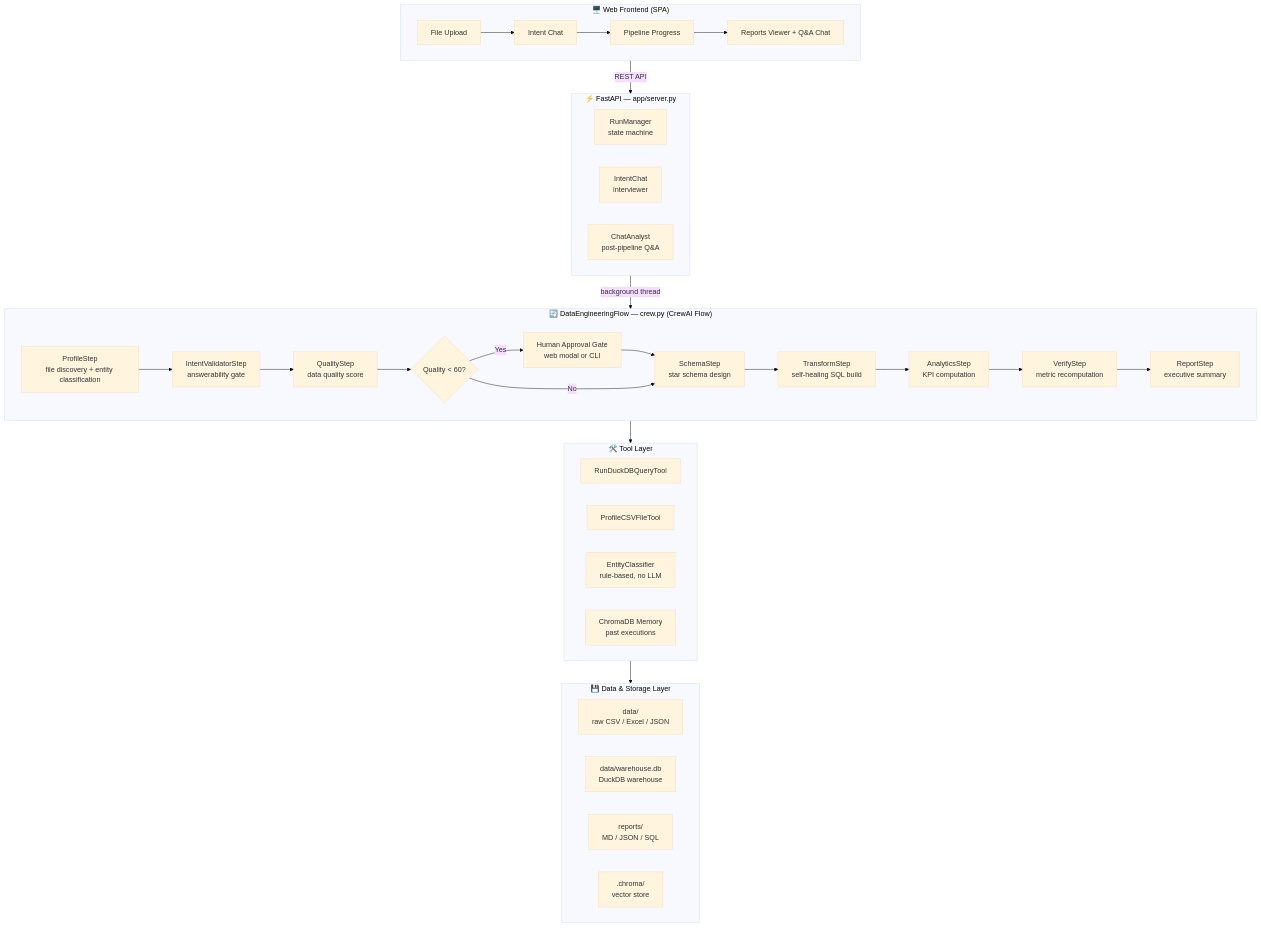
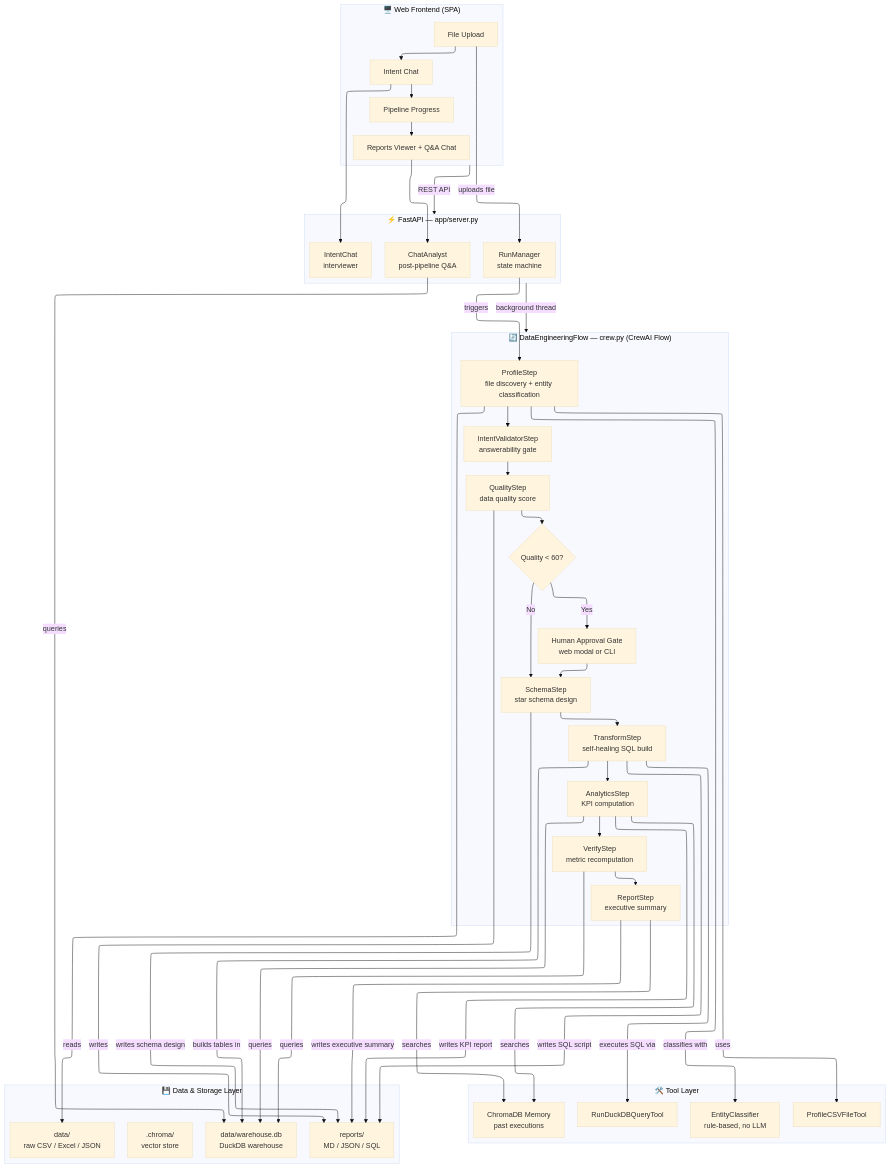
The first of 2 diagrams in docs/PROJECT_DOCUMENTATION.md (nvsingh2001/Autonomous_Data_Engineering_Platform), drawn with Mermaid (base theme) before and after one commit.

Commit message:
docs: fix architecture diagram — correct init placement, node M label, and wrong data-flow edges

````diff
--- a/docs/PROJECT_DOCUMENTATION.md
+++ b/docs/PROJECT_DOCUMENTATION.md
@@ -85,46 +85,79 @@
 ```mermaid
+%%{init: {"layout": "elk"}}%%
 flowchart TD
     subgraph Frontend["🖥️ Web Frontend (SPA)"]
         A[File Upload] --> B[Intent Chat]
         B --> C[Pipeline Progress]
         C --> D[Reports Viewer + Q&A Chat]
     end
 
-    subgraph API["⚡ FastAPI  —  app/server.py"]
+    subgraph API["⚡ FastAPI — app/server.py"]
         E[RunManager\nstate machine]
         F[IntentChat\ninterviewer]
         G[ChatAnalyst\npost-pipeline Q&A]
     end
 
-    subgraph Pipeline["🔄 DataEngineeringFlow  —  crew.py  (CrewAI Flow)"]
+    subgraph Pipeline["🔄 DataEngineeringFlow — crew.py (CrewAI Flow)"]
         H[ProfileStep\nfile discovery + entity classification] --> I[IntentValidatorStep\nanswerability gate]
         I --> J[QualityStep\ndata quality score]
         J --> K{Quality < 60?}
         K -- Yes --> L[Human Approval Gate\nweb modal or CLI]
-        L --> M[SchemaStep]
-        K -- No --> M[SchemaStep\nstar schema design]
+        L --> M[SchemaStep\nstar schema design]
+        K -- No --> M
         M --> N[TransformStep\nself-healing SQL build]
         N --> O[AnalyticsStep\nKPI computation]
         O --> P[VerifyStep\nmetric recomputation]
         P --> Q[ReportStep\nexecutive summary]
     end
 
     subgraph Tools["🛠️ Tool Layer"]
         R[RunDuckDBQueryTool]
         S[ProfileCSVFileTool]
         T[EntityClassifier\nrule-based, no LLM]
         U[ChromaDB Memory\npast executions]
     end
 
     subgraph Storage["💾 Data & Storage Layer"]
         V[data/\nraw CSV / Excel / JSON]
         W[data/warehouse.db\nDuckDB warehouse]
         X[reports/\nMD / JSON / SQL]
         Y[.chroma/\nvector store]
     end
 
+    %% Frontend → API
+    A -->|uploads file| E
+    B --> F
+    D --> G
+
+    %% API → Pipeline
+    E -->|triggers| H
+
+    %% Pipeline reads source data
+    H -->|reads| V
+    H -->|uses| S
+    H -->|classifies with| T
+
+    %% Pipeline writes reports
+    J -->|writes| X
+    M -->|writes schema design| X
+    N -->|builds tables in| W
+    N -->|writes SQL script| X
+    O -->|queries| W
+    O -->|writes KPI report| X
+    O -->|searches| U
+    Q -->|writes executive summary| X
+    Q -->|searches| U
+
+    %% VerifyStep re-runs SQL to cross-check metrics
+    P -->|queries| W
+
+    %% TransformStep executes via tool
+    N -->|executes SQL via| R
+
+    %% ChatAnalyst queries the warehouse
+    G -->|queries| W
+
+    %% Cross-layer
     Frontend -->|REST API| API
     API -->|background thread| Pipeline
-    Pipeline --> Tools
-    Tools --> Storage
 ```
````
